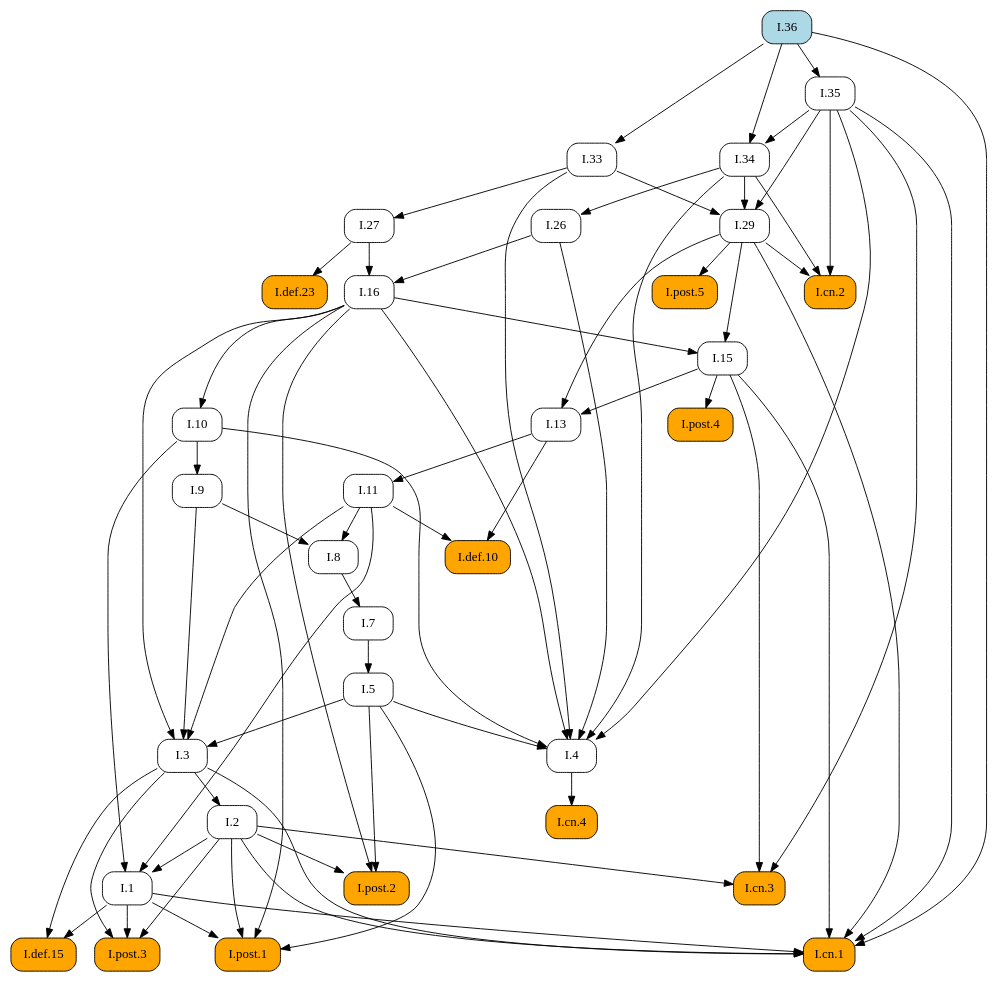
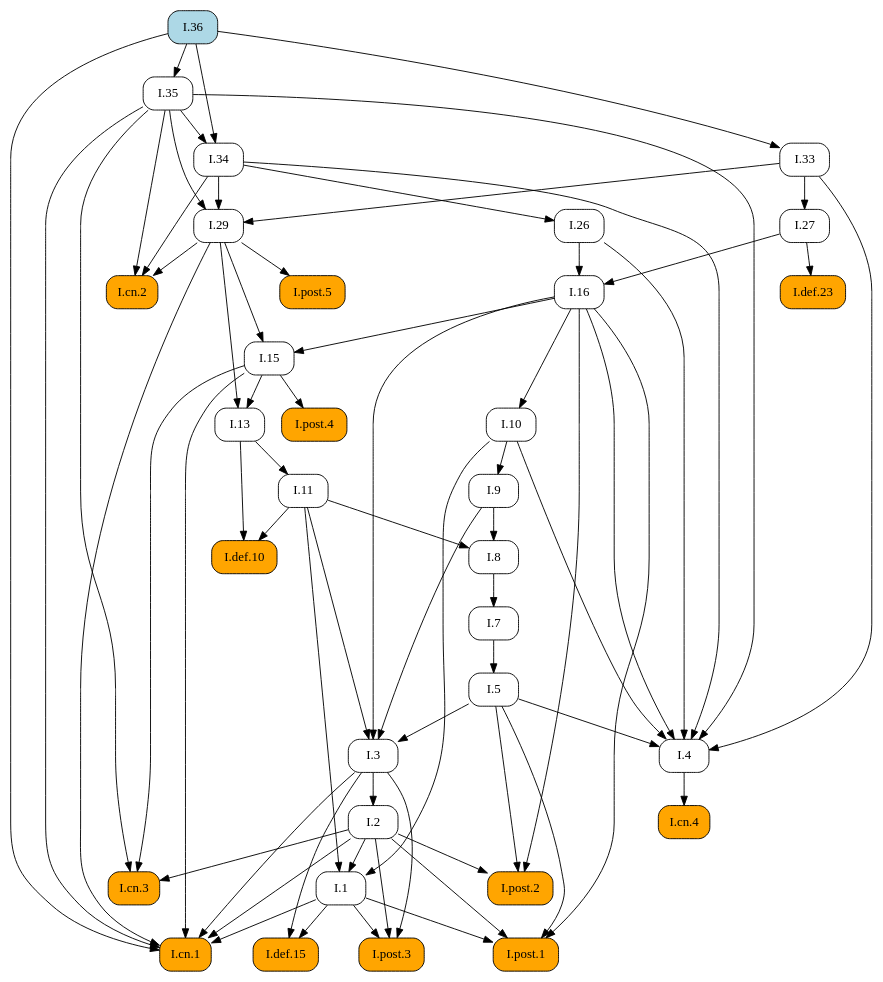
Before and after one commit to geometor/elements: the diagram in docsrc/heath/I/36/index.rst, drawn with Graphviz. The commit also changed other lines of this file and 1029 other files, not shown here.

```diff
--- a/docsrc/heath/I/36/index.rst
+++ b/docsrc/heath/I/36/index.rst
@@ -42,53 +42,56 @@
    digraph {
      rankdir="TB";
      node [shape=box, style=rounded];
+     "I.def.10" [style="rounded,filled", fillcolor=orange, URL="/heath/I/def.10/", target="_top"];
+     "I.11" [URL="/heath/I/11/", target="_top"];
+     "I.post.4" [style="rounded,filled", fillcolor=orange, URL="/heath/I/post.4/", target="_top"];
+     "I.1" [URL="/heath/I/1/", target="_top"];
+     "I.35" [URL="/heath/I/35/", target="_top"];
+     "I.27" [URL="/heath/I/27/", target="_top"];
+     "I.26" [URL="/heath/I/26/", target="_top"];
+     "I.7" [URL="/heath/I/7/", target="_top"];
+     "I.34" [URL="/heath/I/34/", target="_top"];
+     "I.3" [URL="/heath/I/3/", target="_top"];
+     "I.36" [style="rounded,filled", fillcolor=lightblue, URL="/heath/I/36/", target="_top"];
+     "I.2" [URL="/heath/I/2/", target="_top"];
+     "I.4" [URL="/heath/I/4/", target="_top"];
+     "I.def.23" [style="rounded,filled", fillcolor=orange, URL="/heath/I/def.23/", target="_top"];
+     "I.29" [URL="/heath/I/29/", target="_top"];
      "I.13" [URL="/heath/I/13/", target="_top"];
+     "I.33" [URL="/heath/I/33/", target="_top"];
+     "I.cn.2" [style="rounded,filled", fillcolor=orange, URL="/heath/I/cn.2/", target="_top"];
+     "I.post.2" [style="rounded,filled", fillcolor=orange, URL="/heath/I/post.2/", target="_top"];
+     "I.16" [URL="/heath/I/16/", target="_top"];
+     "I.def.15" [style="rounded,filled", fillcolor=orange, URL="/heath/I/def.15/", target="_top"];
+     "I.9" [URL="/heath/I/9/", target="_top"];
+     "I.post.3" [style="rounded,filled", fillcolor=orange, URL="/heath/I/post.3/", target="_top"];
+     "I.cn.1" [style="rounded,filled", fillcolor=orange, URL="/heath/I/cn.1/", target="_top"];
      "I.cn.3" [style="rounded,filled", fillcolor=orange, URL="/heath/I/cn.3/", target="_top"];
-     "I.cn.2" [style="rounded,filled", fillcolor=orange, URL="/heath/I/cn.2/", target="_top"];
+     "I.8" [URL="/heath/I/8/", target="_top"];
+     "I.cn.4" [style="rounded,filled", fillcolor=orange, URL="/heath/I/cn.4/", target="_top"];
+     "I.15" [URL="/heath/I/15/", target="_top"];
+     "I.post.5" [style="rounded,filled", fillcolor=orange, URL="/heath/I/post.5/", target="_top"];
+     "I.post.1" [style="rounded,filled", fillcolor=orange, URL="/heath/I/post.1/", target="_top"];
+     "I.10" [URL="/heath/I/10/", target="_top"];
      "I.5" [URL="/heath/I/5/", target="_top"];
-     "I.11" [URL="/heath/I/11/", target="_top"];
-     "I.29" [URL="/heath/I/29/", target="_top"];
-     "I.7" [URL="/heath/I/7/", target="_top"];
-     "I.10" [URL="/heath/I/10/", target="_top"];
-     "I.4" [URL="/heath/I/4/", target="_top"];
-     "I.27" [URL="/heath/I/27/", target="_top"];
-     "I.def.23" [style="rounded,filled", fillcolor=orange, URL="/heath/I/def.23/", target="_top"];
-     "I.3" [URL="/heath/I/3/", target="_top"];
-     "I.16" [URL="/heath/I/16/", target="_top"];
-     "I.34" [URL="/heath/I/34/", target="_top"];
-     "I.8" [URL="/heath/I/8/", target="_top"];
-     "I.9" [URL="/heath/I/9/", target="_top"];
-     "I.def.10" [style="rounded,filled", fillcolor=orange, URL="/heath/I/def.10/", target="_top"];
-     "I.post.4" [style="rounded,filled", fillcolor=orange, URL="/heath/I/post.4/", target="_top"];
-     "I.post.2" [style="rounded,filled", fillcolor=orange, URL="/heath/I/post.2/", target="_top"];
-     "I.2" [URL="/heath/I/2/", target="_top"];
-     "I.def.15" [style="rounded,filled", fillcolor=orange, URL="/heath/I/def.15/", target="_top"];
-     "I.1" [URL="/heath/I/1/", target="_top"];
-     "I.post.3" [style="rounded,filled", fillcolor=orange, URL="/heath/I/post.3/", target="_top"];
-     "I.post.1" [style="rounded,filled", fillcolor=orange, URL="/heath/I/post.1/", target="_top"];
-     "I.post.5" [style="rounded,filled", fillcolor=orange, URL="/heath/I/post.5/", target="_top"];
-     "I.36" [style="rounded,filled", fillcolor=lightblue, URL="/heath/I/36/", target="_top"];
-     "I.cn.4" [style="rounded,filled", fillcolor=orange, URL="/heath/I/cn.4/", target="_top"];
-     "I.35" [URL="/heath/I/35/", target="_top"];
-     "I.26" [URL="/heath/I/26/", target="_top"];
-     "I.15" [URL="/heath/I/15/", target="_top"];
-     "I.33" [URL="/heath/I/33/", target="_top"];
-     "I.cn.1" [style="rounded,filled", fillcolor=orange, URL="/heath/I/cn.1/", target="_top"];
-     "I.15" -> "I.13";
-     "I.29" -> "I.13";
-     "I.2" -> "I.cn.3";
-     "I.15" -> "I.cn.3";
-     "I.35" -> "I.cn.3";
-     "I.29" -> "I.cn.2";
-     "I.34" -> "I.cn.2";
-     "I.35" -> "I.cn.2";
-     "I.7" -> "I.5";
+     "I.11" -> "I.def.10";
+     "I.13" -> "I.def.10";
      "I.13" -> "I.11";
-     "I.33" -> "I.29";
-     "I.34" -> "I.29";
-     "I.35" -> "I.29";
+     "I.15" -> "I.post.4";
+     "I.2" -> "I.1";
+     "I.10" -> "I.1";
+     "I.11" -> "I.1";
+     "I.36" -> "I.35";
+     "I.33" -> "I.27";
+     "I.34" -> "I.26";
      "I.8" -> "I.7";
-     "I.16" -> "I.10";
+     "I.35" -> "I.34";
+     "I.36" -> "I.34";
+     "I.5" -> "I.3";
+     "I.9" -> "I.3";
+     "I.11" -> "I.3";
+     "I.16" -> "I.3";
+     "I.3" -> "I.2";
      "I.5" -> "I.4";
      "I.10" -> "I.4";
      "I.16" -> "I.4";
@@ -96,45 +99,27 @@
      "I.33" -> "I.4";
      "I.34" -> "I.4";
      "I.35" -> "I.4";
-     "I.33" -> "I.27";
      "I.27" -> "I.def.23";
-     "I.5" -> "I.3";
-     "I.9" -> "I.3";
-     "I.11" -> "I.3";
-     "I.16" -> "I.3";
-     "I.26" -> "I.16";
-     "I.27" -> "I.16";
-     "I.35" -> "I.34";
-     "I.36" -> "I.34";
-     "I.9" -> "I.8";
-     "I.11" -> "I.8";
-     "I.10" -> "I.9";
-     "I.11" -> "I.def.10";
-     "I.13" -> "I.def.10";
-     "I.15" -> "I.post.4";
+     "I.33" -> "I.29";
+     "I.34" -> "I.29";
+     "I.35" -> "I.29";
+     "I.15" -> "I.13";
+     "I.29" -> "I.13";
+     "I.36" -> "I.33";
+     "I.29" -> "I.cn.2";
+     "I.34" -> "I.cn.2";
+     "I.35" -> "I.cn.2";
      "I.2" -> "I.post.2";
      "I.5" -> "I.post.2";
      "I.16" -> "I.post.2";
-     "I.3" -> "I.2";
+     "I.26" -> "I.16";
+     "I.27" -> "I.16";
      "I.1" -> "I.def.15";
      "I.3" -> "I.def.15";
-     "I.2" -> "I.1";
-     "I.10" -> "I.1";
-     "I.11" -> "I.1";
+     "I.10" -> "I.9";
      "I.1" -> "I.post.3";
      "I.2" -> "I.post.3";
      "I.3" -> "I.post.3";
-     "I.1" -> "I.post.1";
-     "I.2" -> "I.post.1";
-     "I.5" -> "I.post.1";
-     "I.16" -> "I.post.1";
-     "I.29" -> "I.post.5";
-     "I.4" -> "I.cn.4";
-     "I.36" -> "I.35";
-     "I.34" -> "I.26";
-     "I.16" -> "I.15";
-     "I.29" -> "I.15";
-     "I.36" -> "I.33";
      "I.1" -> "I.cn.1";
      "I.2" -> "I.cn.1";
      "I.3" -> "I.cn.1";
@@ -142,4 +127,19 @@
      "I.29" -> "I.cn.1";
      "I.35" -> "I.cn.1";
      "I.36" -> "I.cn.1";
+     "I.2" -> "I.cn.3";
+     "I.15" -> "I.cn.3";
+     "I.35" -> "I.cn.3";
+     "I.9" -> "I.8";
+     "I.11" -> "I.8";
+     "I.4" -> "I.cn.4";
+     "I.16" -> "I.15";
+     "I.29" -> "I.15";
+     "I.29" -> "I.post.5";
+     "I.1" -> "I.post.1";
+     "I.2" -> "I.post.1";
+     "I.5" -> "I.post.1";
+     "I.16" -> "I.post.1";
+     "I.16" -> "I.10";
+     "I.7" -> "I.5";
    }
```
